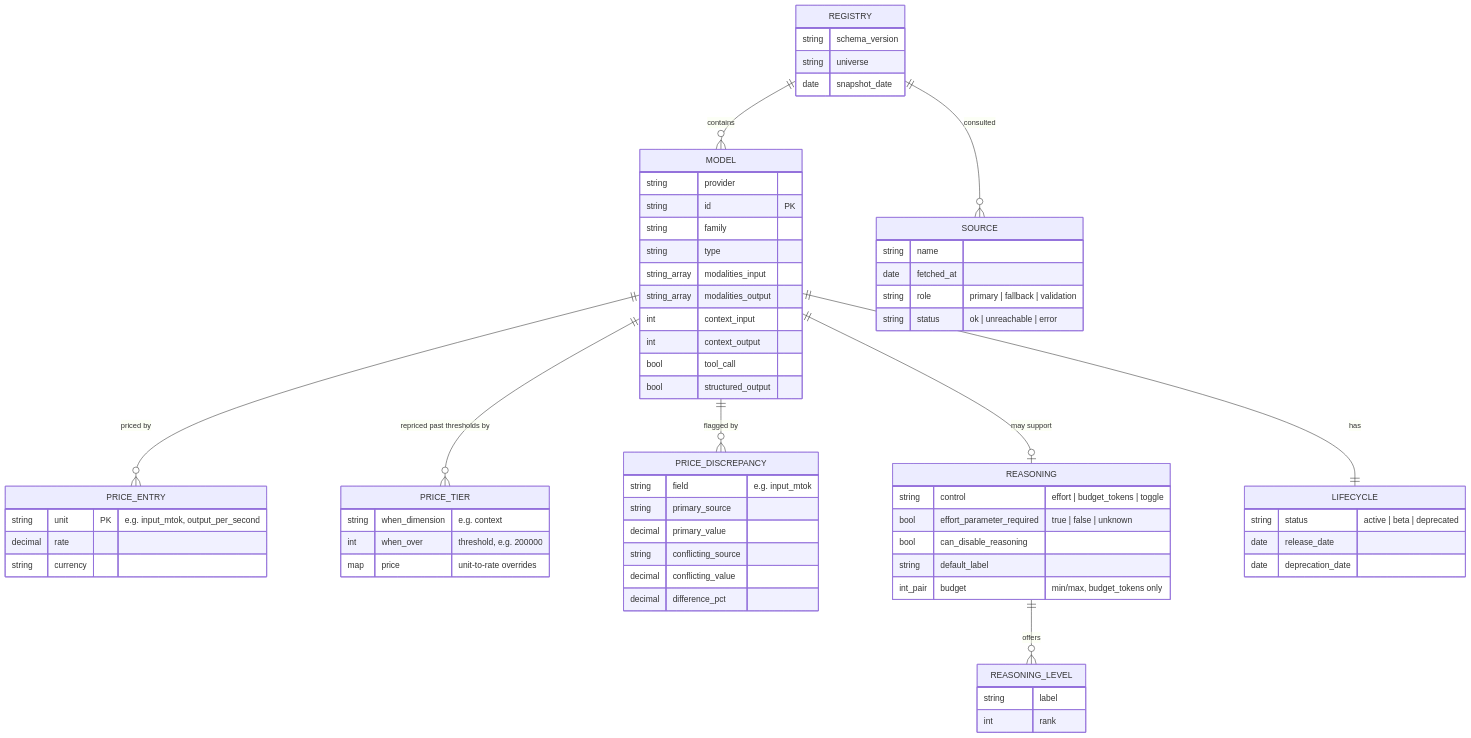
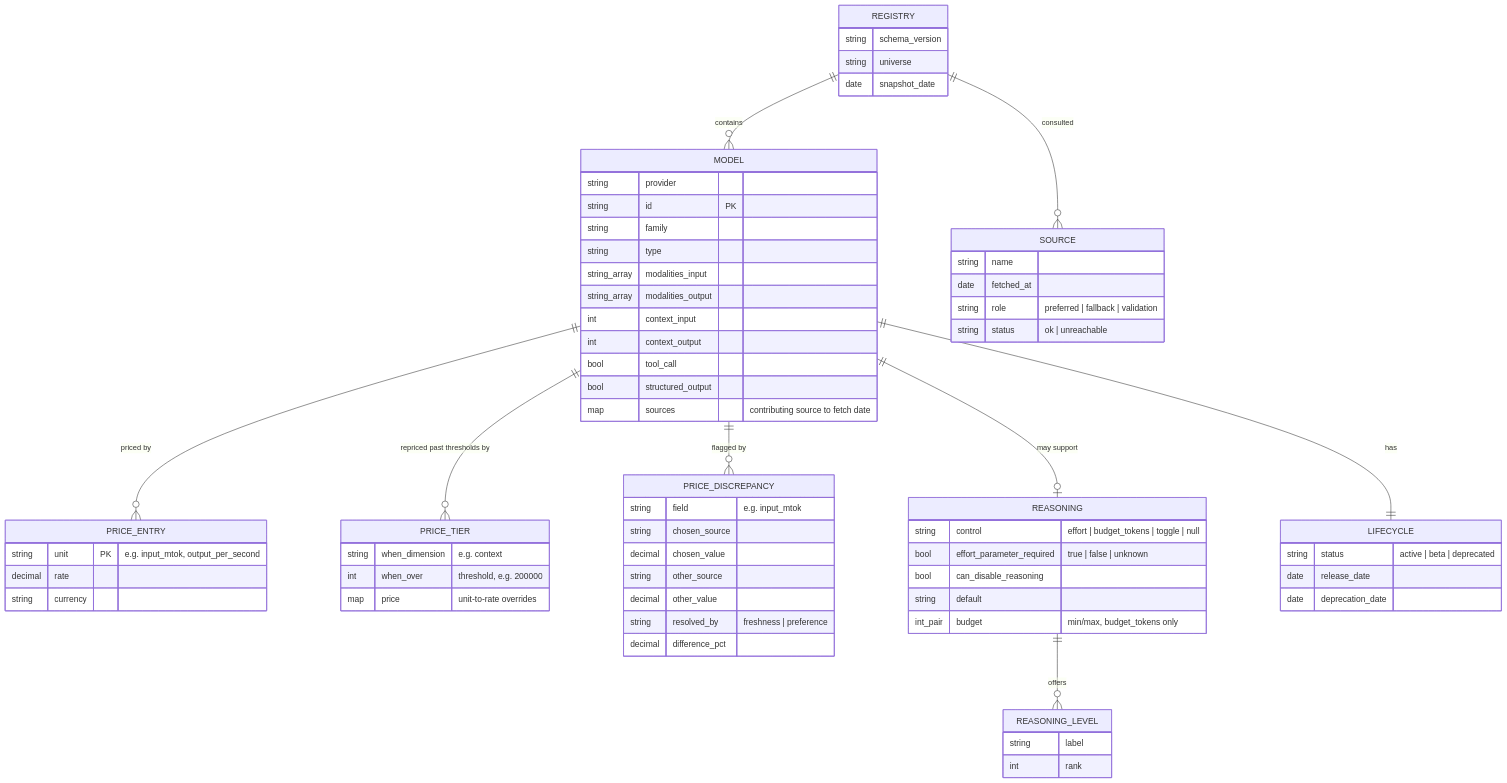
One commit to shehuphd/rates changed the diagram in ERD.md. Above: the diagram before and after it, drawn with Mermaid. The commit also changed other lines of this file and 37 other files, not shown here.

````diff
--- a/ERD.md
+++ b/ERD.md
@@ -9,69 +9,71 @@
 ```mermaid
 erDiagram
     REGISTRY ||--o{ MODEL : contains
     REGISTRY ||--o{ SOURCE : consulted
     MODEL ||--o{ PRICE_ENTRY : "priced by"
     MODEL ||--o{ PRICE_TIER : "repriced past thresholds by"
     MODEL ||--o{ PRICE_DISCREPANCY : "flagged by"
     MODEL ||--o| REASONING : "may support"
     REASONING ||--o{ REASONING_LEVEL : offers
     MODEL ||--|| LIFECYCLE : has
 
     REGISTRY {
         string schema_version
         string universe
         date snapshot_date
     }
     SOURCE {
         string name
         date fetched_at
-        string role "primary | fallback | validation"
-        string status "ok | unreachable | error"
+        string role "preferred | fallback | validation"
+        string status "ok | unreachable"
     }
     MODEL {
         string provider
         string id PK
         string family
         string type
         string_array modalities_input
         string_array modalities_output
         int context_input
         int context_output
         bool tool_call
         bool structured_output
+        map sources "contributing source to fetch date"
     }
     PRICE_ENTRY {
         string unit PK "e.g. input_mtok, output_per_second"
         decimal rate
         string currency
     }
     PRICE_DISCREPANCY {
         string field "e.g. input_mtok"
-        string primary_source
-        decimal primary_value
-        string conflicting_source
-        decimal conflicting_value
+        string chosen_source
+        decimal chosen_value
+        string other_source
+        decimal other_value
+        string resolved_by "freshness | preference"
         decimal difference_pct
     }
     PRICE_TIER {
         string when_dimension "e.g. context"
         int when_over "threshold, e.g. 200000"
         map price "unit-to-rate overrides"
     }
     REASONING {
-        string control "effort | budget_tokens | toggle"
+        string control "effort | budget_tokens | toggle | null"
         bool effort_parameter_required "true | false | unknown"
         bool can_disable_reasoning
-        string default_label
+        string default
         int_pair budget "min/max, budget_tokens only"
     }
     REASONING_LEVEL {
         string label
         int rank
     }
     LIFECYCLE {
         string status "active | beta | deprecated"
         date release_date
         date deprecation_date
     }
 ```
````
